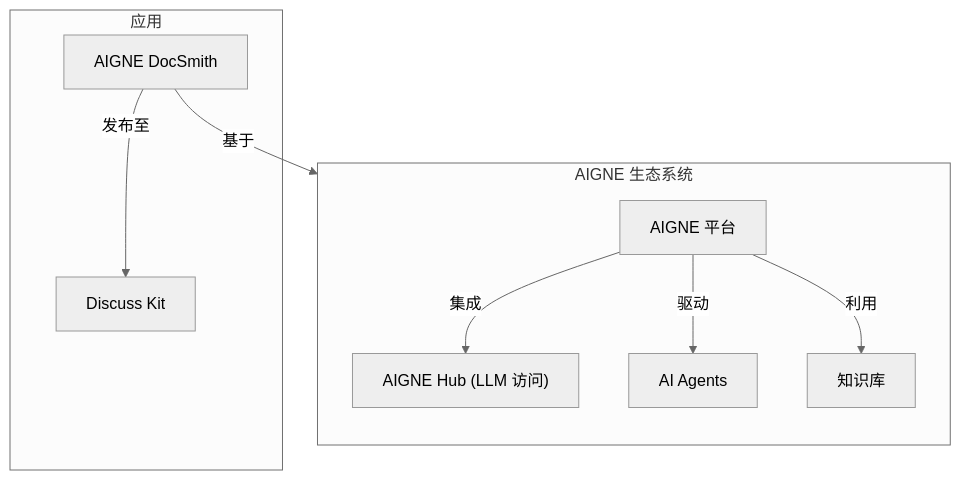
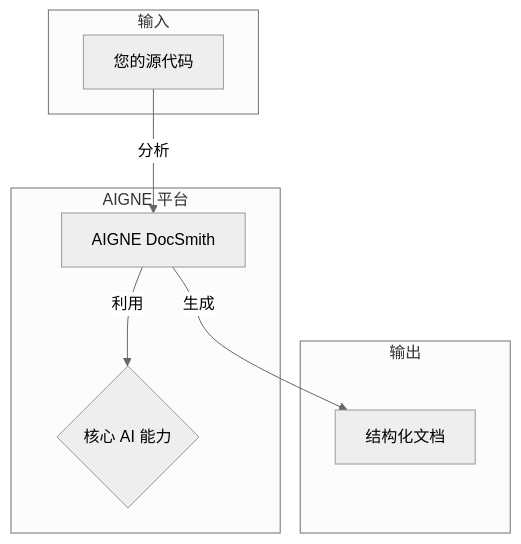
One commit to AIGNE-io/aigne-doc-smith changed the diagram in docs/overview.zh.md. Above: the diagram before and after it, drawn with Mermaid (neutral theme). The commit also changed other lines of this file and 19 other files, not shown here.

````diff
--- a/docs/overview.zh.md
+++ b/docs/overview.zh.md
@@ -27,22 +17,19 @@
 ```mermaid
-graph TD
-    subgraph "AIGNE 生态系统"
-        direction TB
-        AIGNE_Platform["AIGNE 平台"]
-        AIGNE_Hub["AIGNE Hub (LLM 访问)"]
-        AI_Agents["AI Agents"]
-        Knowledge_Base["知识库"]
-
-        AIGNE_Platform -- "集成" --> AIGNE_Hub
-        AIGNE_Platform -- "驱动" --> AI_Agents
-        AIGNE_Platform -- "利用" --> Knowledge_Base
+flowchart TD
+    subgraph "输入"
+        A["您的源代码"]
     end
 
-    subgraph "应用"
-        DocSmith["AIGNE DocSmith"]
-        DiscussKit["Discuss Kit"]
+    subgraph "AIGNE 平台"
+        B["AIGNE DocSmith"]
+        C{"核心 AI 能力"}
     end
 
-    DocSmith -- "基于" --> AIGNE_Platform
-    DocSmith -- "发布至" --> DiscussKit
+    subgraph "输出"
+        D["结构化文档"]
+    end
+
+    A -- "分析" --> B
+    B -- "利用" --> C
+    B -- "生成" --> D
 ```
````
